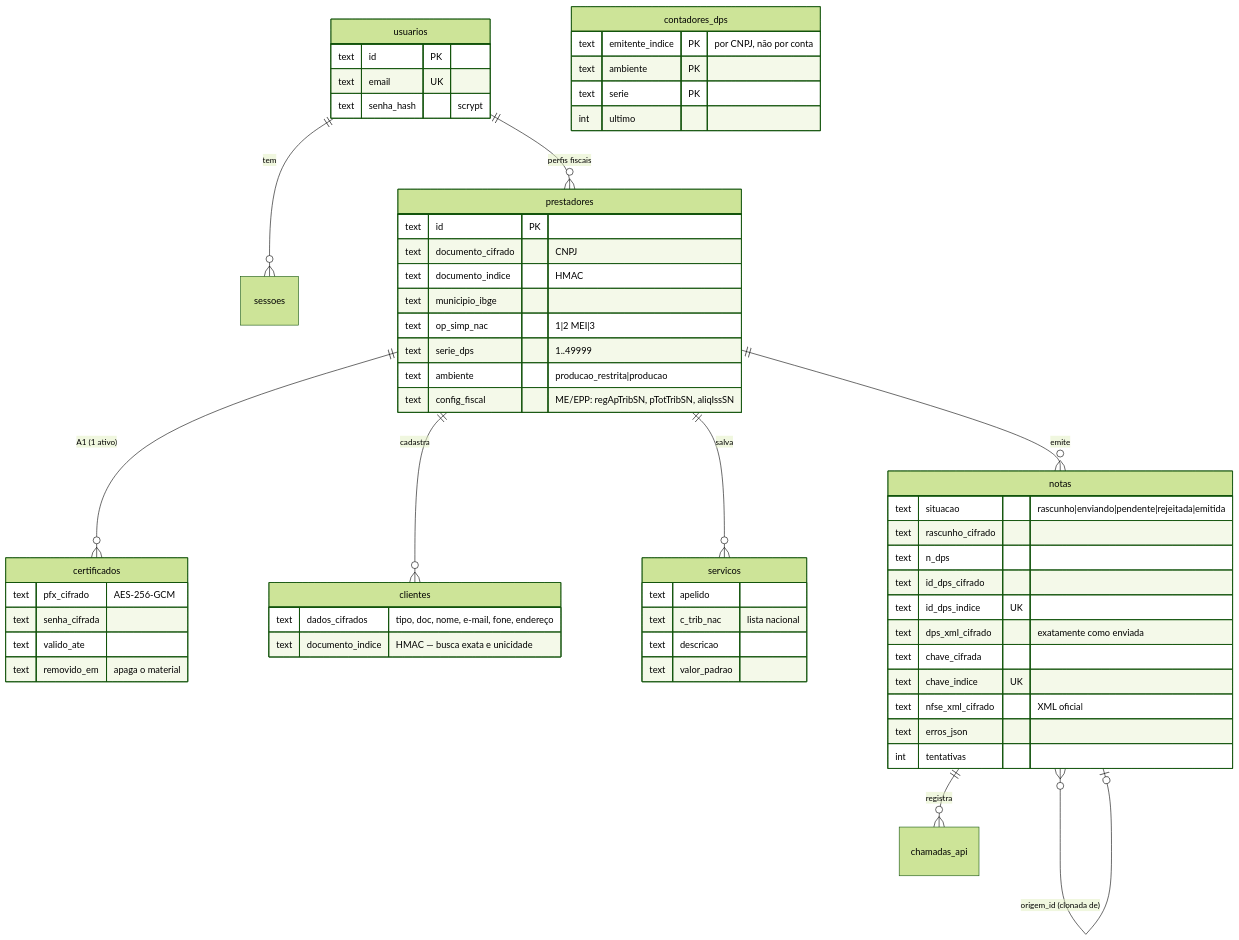
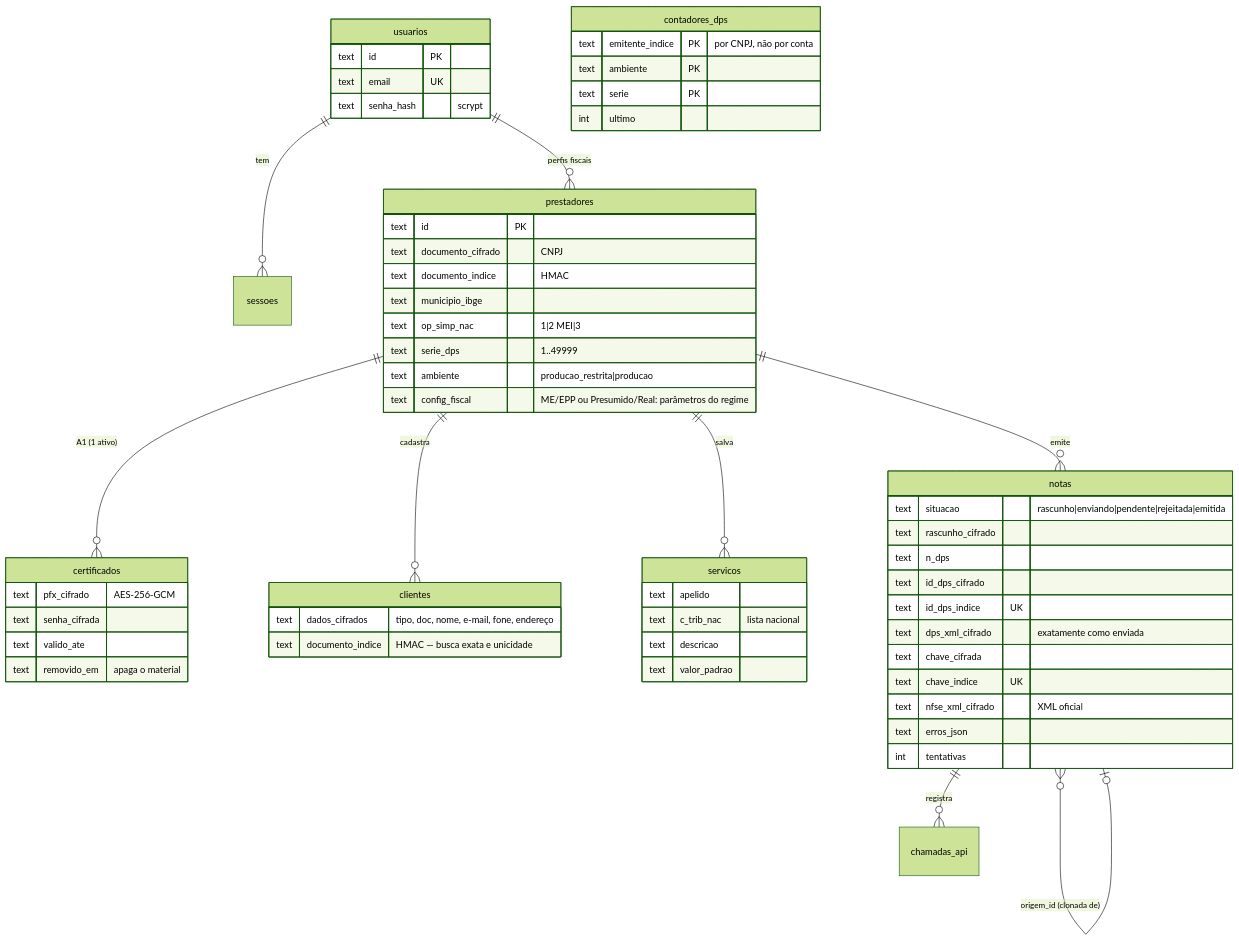
The second of 4 diagrams in docs/03-dados-e-integracao.md (fredabsd-svg/NotaVez), drawn with Mermaid (forest theme) before and after one commit. The commit also changed other lines of this file and 49 other files, not shown here.

````diff
--- a/docs/03-dados-e-integracao.md
+++ b/docs/03-dados-e-integracao.md
@@ -30,61 +30,61 @@
 ```mermaid
 erDiagram
   usuarios ||--o{ sessoes : tem
   usuarios ||--o{ prestadores : "perfis fiscais"
   prestadores ||--o{ certificados : "A1 (1 ativo)"
   prestadores ||--o{ clientes : cadastra
   prestadores ||--o{ servicos : salva
   prestadores ||--o{ notas : emite
   notas ||--o{ chamadas_api : registra
   notas }o--o| notas : "origem_id (clonada de)"
   usuarios {
     text id PK
     text email UK
     text senha_hash "scrypt"
   }
   prestadores {
     text id PK
     text documento_cifrado "CNPJ"
     text documento_indice "HMAC"
     text municipio_ibge
     text op_simp_nac "1|2 MEI|3"
     text serie_dps "1..49999"
     text ambiente "producao_restrita|producao"
-    text config_fiscal "ME/EPP: regApTribSN, pTotTribSN, aliqIssSN"
+    text config_fiscal "ME/EPP ou Presumido/Real: parâmetros do regime"
   }
   certificados {
     text pfx_cifrado "AES-256-GCM"
     text senha_cifrada
     text valido_ate
     text removido_em "apaga o material"
   }
   clientes {
     text dados_cifrados "tipo, doc, nome, e-mail, fone, endereço"
     text documento_indice "HMAC — busca exata e unicidade"
   }
   servicos {
     text apelido
     text c_trib_nac "lista nacional"
     text descricao
     text valor_padrao
   }
   notas {
     text situacao "rascunho|enviando|pendente|rejeitada|emitida"
     text rascunho_cifrado
     text n_dps
     text id_dps_cifrado
     text id_dps_indice UK
     text dps_xml_cifrado "exatamente como enviada"
     text chave_cifrada
     text chave_indice UK
     text nfse_xml_cifrado "XML oficial"
     text erros_json
     int tentativas
   }
   contadores_dps {
     text emitente_indice PK "por CNPJ, não por conta"
     text ambiente PK
     text serie PK
     int ultimo
   }
 ```
````
